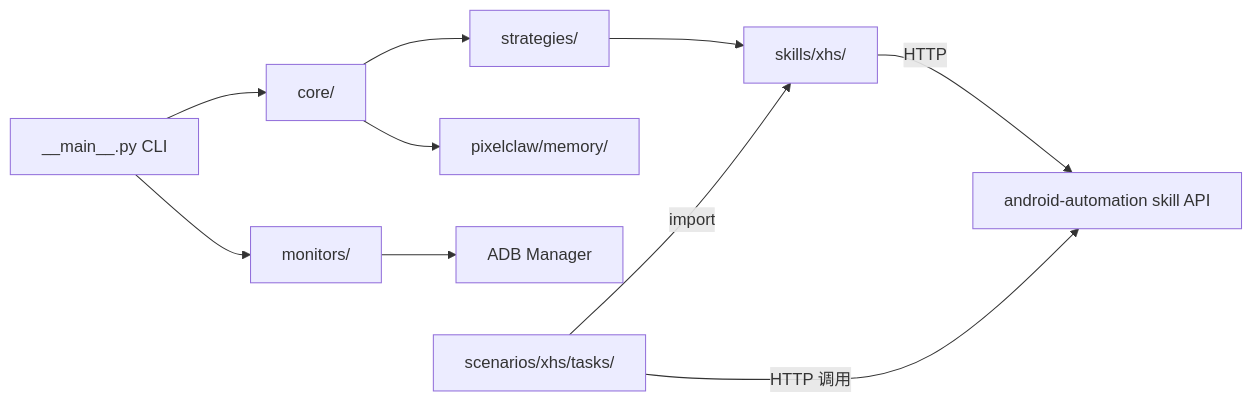
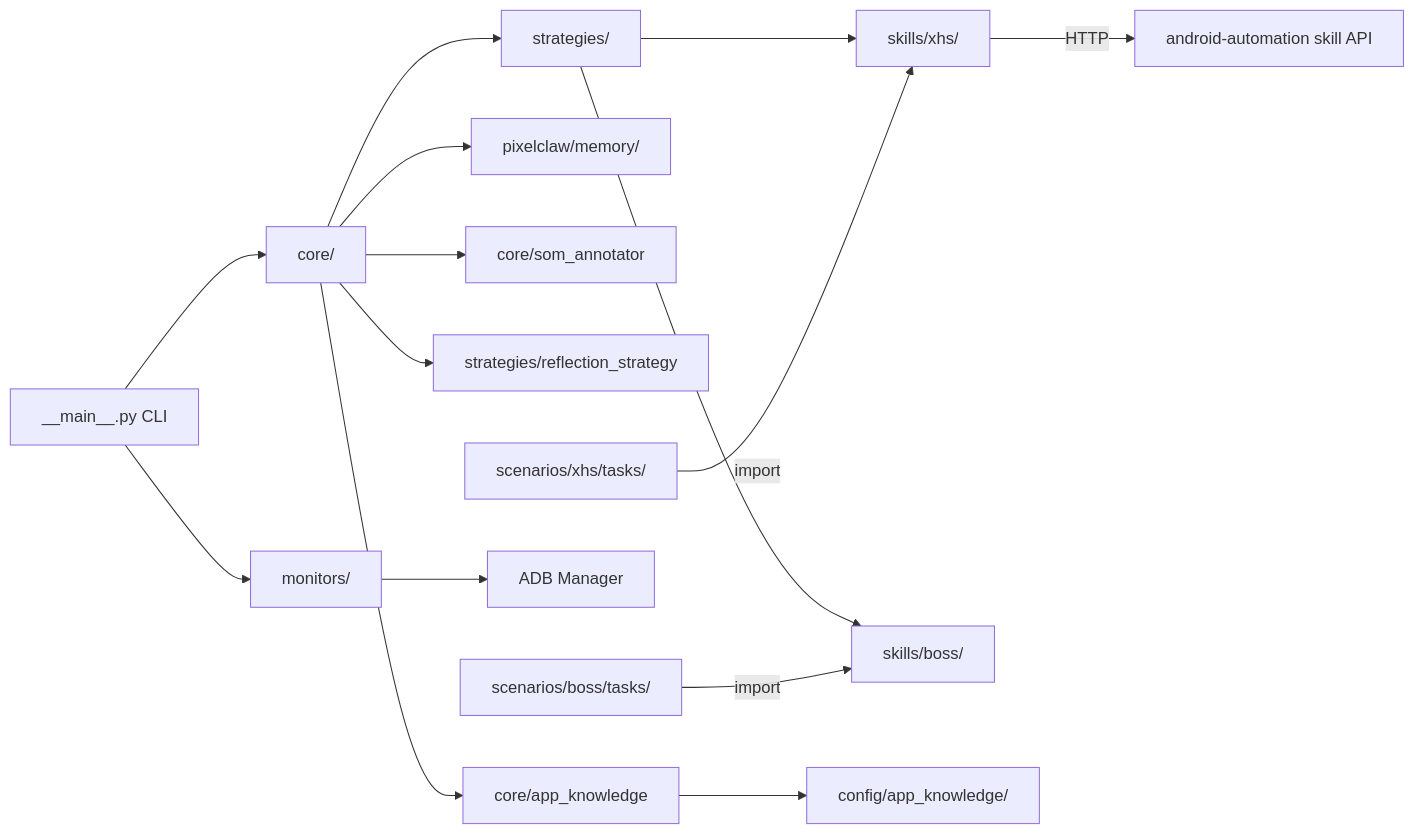
One commit to laiyinyizao007/pixelclaw changed the second of 3 diagrams in PROJECTWIKI.md. Above: the diagram before and after it, drawn with Mermaid. The commit also changed other lines of this file and 63 other files, not shown here.

First line of the commit message:
feat(boss): Boss直聘职位详情爬取 + 通用 Android 技能层抽取

````diff
--- a/PROJECTWIKI.md
+++ b/PROJECTWIKI.md
@@ -25,12 +33,17 @@
 ```mermaid
 flowchart LR
     CLI[__main__.py CLI] --> Core[core/]
     CLI --> Mon[monitors/]
     Core --> Strat[strategies/]
     Core --> Mem[pixelclaw/memory/]
-    Strat --> Skill[skills/xhs/]
+    Core --> SOM[core/som_annotator]
+    Core --> REF[strategies/reflection_strategy]
+    Core --> AK[core/app_knowledge]
+    Strat --> SkillXHS[skills/xhs/]
+    Strat --> SkillBoss[skills/boss/]
     Mon --> ADB[ADB Manager]
-    Skill -->|HTTP| API[android-automation skill API]
-    ScenTasks[scenarios/xhs/tasks/] -->|import| Skill
-    ScenTasks -->|HTTP 调用| API
+    SkillXHS -->|HTTP| API[android-automation skill API]
+    ScenXHS[scenarios/xhs/tasks/] -->|import| SkillXHS
+    ScenBoss[scenarios/boss/tasks/] -->|import| SkillBoss
+    AK --> Cfg[config/app_knowledge/]
 ```
````
